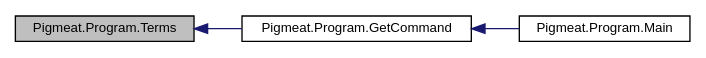
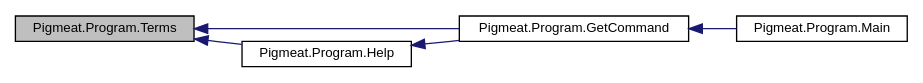
Before and after one commit to milovidov983/Pigmeat: the diagram in class_pigmeat_1_1_program_a8ef23dc63330befdb247d0ceac11f600_icgraph.dot, drawn with Graphviz. The commit also changed 49 other files, not shown here.

```diff
--- a/class_pigmeat_1_1_program_a8ef23dc63330befdb247d0ceac11f600_icgraph.dot
+++ b/class_pigmeat_1_1_program_a8ef23dc63330befdb247d0ceac11f600_icgraph.dot
@@ -1,11 +1,14 @@
 digraph "Pigmeat.Program.Terms"
 {
   edge [fontname="Helvetica",fontsize="10",labelfontname="Helvetica",labelfontsize="10"];
   node [fontname="Helvetica",fontsize="10",shape=record];
   rankdir="LR";
-  Node128 [label="Pigmeat.Program.Terms",height=0.2,width=0.4,color="black", fillcolor="grey75", style="filled", fontcolor="black"];
-  Node128 -> Node129 [dir="back",color="midnightblue",fontsize="10",style="solid",fontname="Helvetica"];
-  Node129 [label="Pigmeat.Program.GetCommand",height=0.2,width=0.4,color="black", fillcolor="white", style="filled",URL="$class_pigmeat_1_1_program.html#a813269f3c9466bddfa561c72eb56de4f",tooltip="Perform actions specified by command calls "];
-  Node129 -> Node130 [dir="back",color="midnightblue",fontsize="10",style="solid",fontname="Helvetica"];
-  Node130 [label="Pigmeat.Program.Main",height=0.2,width=0.4,color="black", fillcolor="white", style="filled",URL="$class_pigmeat_1_1_program.html#a3b898a93d66f23079be04ac657013df3",tooltip="Handle primary tool information, such as command inputs and current directory "];
+  Node138 [label="Pigmeat.Program.Terms",height=0.2,width=0.4,color="black", fillcolor="grey75", style="filled", fontcolor="black"];
+  Node138 -> Node139 [dir="back",color="midnightblue",fontsize="10",style="solid",fontname="Helvetica"];
+  Node139 [label="Pigmeat.Program.GetCommand",height=0.2,width=0.4,color="black", fillcolor="white", style="filled",URL="$class_pigmeat_1_1_program.html#a813269f3c9466bddfa561c72eb56de4f",tooltip="Perform actions specified by command calls "];
+  Node139 -> Node140 [dir="back",color="midnightblue",fontsize="10",style="solid",fontname="Helvetica"];
+  Node140 [label="Pigmeat.Program.Main",height=0.2,width=0.4,color="black", fillcolor="white", style="filled",URL="$class_pigmeat_1_1_program.html#a3b898a93d66f23079be04ac657013df3",tooltip="Handle primary tool information, such as command inputs and current directory "];
+  Node138 -> Node141 [dir="back",color="midnightblue",fontsize="10",style="solid",fontname="Helvetica"];
+  Node141 [label="Pigmeat.Program.Help",height=0.2,width=0.4,color="black", fillcolor="white", style="filled",URL="$class_pigmeat_1_1_program.html#a5ba96e069c0192950fa044954bca4647",tooltip="Show how to use the Pigmeat tool "];
+  Node141 -> Node139 [dir="back",color="midnightblue",fontsize="10",style="solid",fontname="Helvetica"];
 }
```
